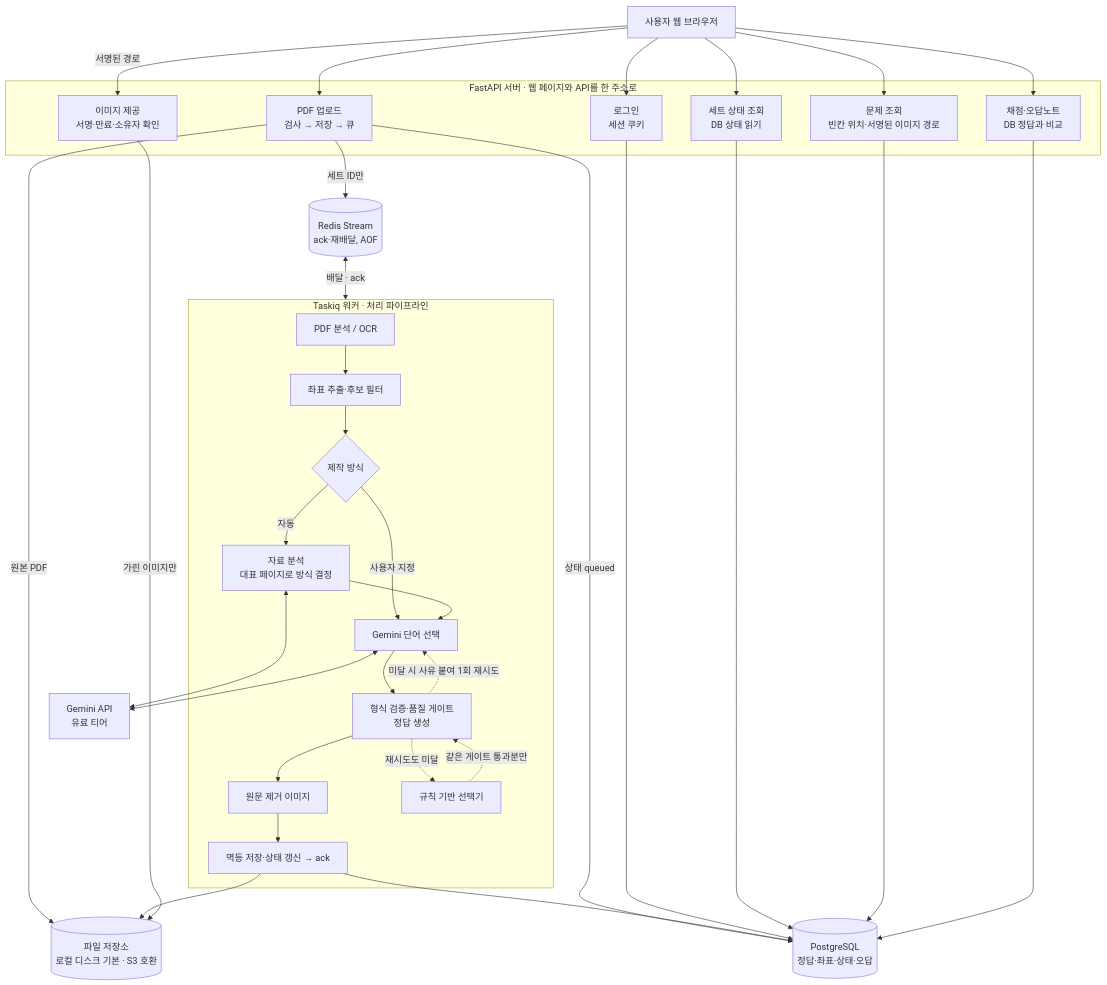
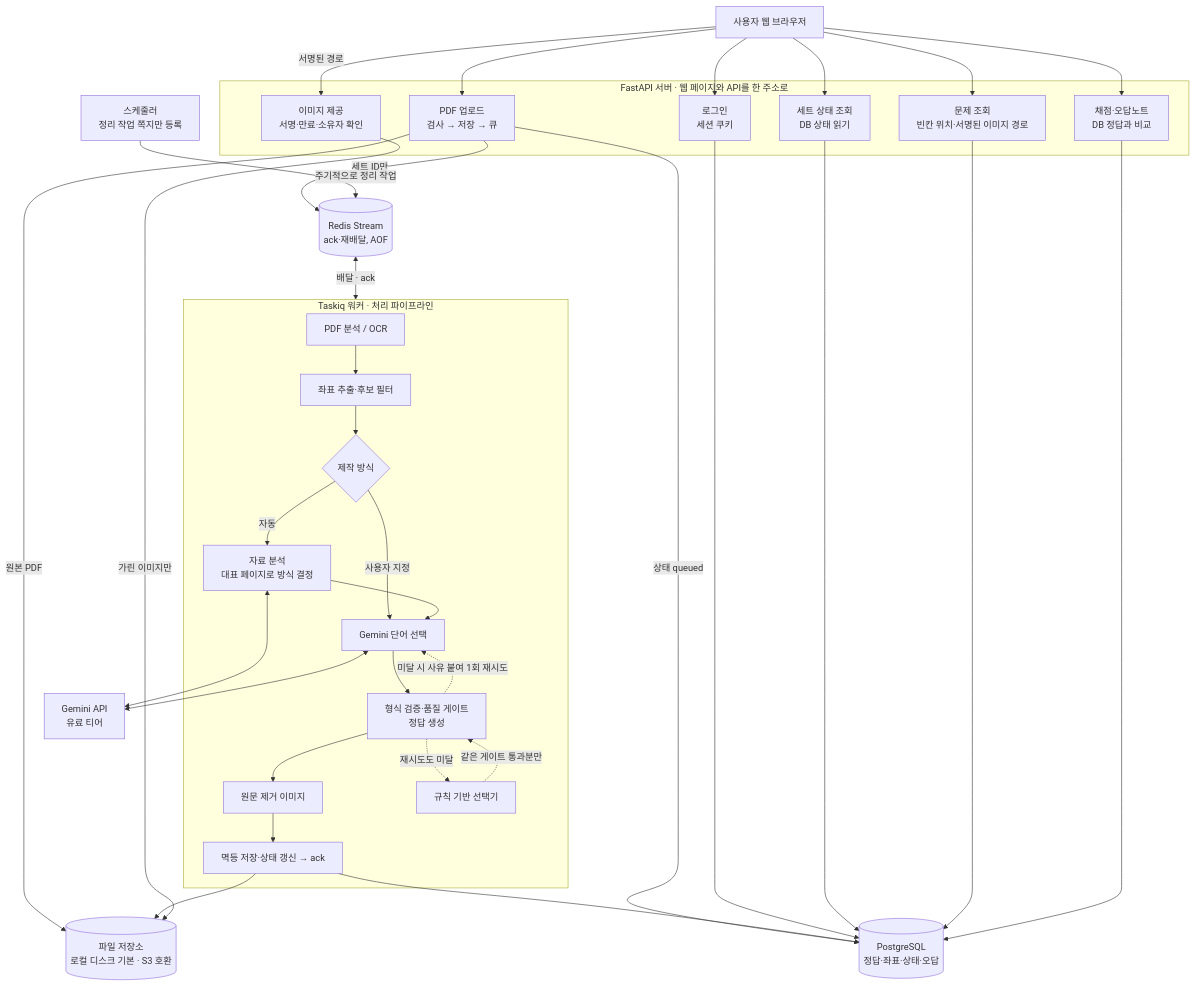
Before and after one commit to best-vibing/cloze: the diagram in docs/architecture.md, drawn with Mermaid. The commit also changed other lines of this file and 3 other files, not shown here.

````diff
--- a/docs/architecture.md
+++ b/docs/architecture.md
@@ -65,48 +65,50 @@
 ```mermaid
 flowchart TB
     B[사용자 웹 브라우저]
 
     subgraph API[FastAPI 서버 · 웹 페이지와 API를 한 주소로]
         L[로그인<br/>세션 쿠키]
         U[PDF 업로드<br/>검사 → 저장 → 큐]
         S[세트 상태 조회<br/>DB 상태 읽기]
         Q[문제 조회<br/>빈칸 위치·서명된 이미지 경로]
         G[채점·오답노트<br/>DB 정답과 비교]
         I[이미지 제공<br/>서명·만료·소유자 확인]
     end
 
     R[(Redis Stream<br/>ack·재배달, AOF)]
     OS[(파일 저장소<br/>로컬 디스크 기본 · S3 호환)]
     PG[(PostgreSQL<br/>정답·좌표·상태·오답)]
     GM[Gemini API<br/>유료 티어]
+    SC[스케줄러<br/>정리 작업 쪽지만 등록]
 
     subgraph W[Taskiq 워커 · 처리 파이프라인]
         P1[PDF 분석 / OCR] --> P2[좌표 추출·후보 필터]
         P2 --> PA{제작 방식}
         PA -->|자동| P2A[자료 분석<br/>대표 페이지로 방식 결정]
         PA -->|사용자 지정| P3
         P2A --> P3[Gemini 단어 선택]
         P3 --> P4[형식 검증·품질 게이트<br/>정답 생성]
         P4 --> P5[원문 제거 이미지]
         P5 --> P6[멱등 저장·상태 갱신 → ack]
         P4 -. 미달 시 사유 붙여 1회 재시도 .-> P3
         P4 -. 재시도도 미달 .-> FB[규칙 기반 선택기]
         FB -. 같은 게이트 통과분만 .-> P4
     end
 
     B --> L & U & S & Q & G
     U -->|원본 PDF| OS
     U -->|상태 queued| PG
     U -->|세트 ID만| R
+    SC -->|주기적으로 정리 작업| R
     R <-->|배달 · ack| W
     P2A <--> GM
     P3 <--> GM
     P6 --> PG
     P6 --> OS
     L --> PG
     S --> PG
     Q --> PG
     G --> PG
     B -->|서명된 경로| I
     I -->|가린 이미지만| OS
 ```
````
